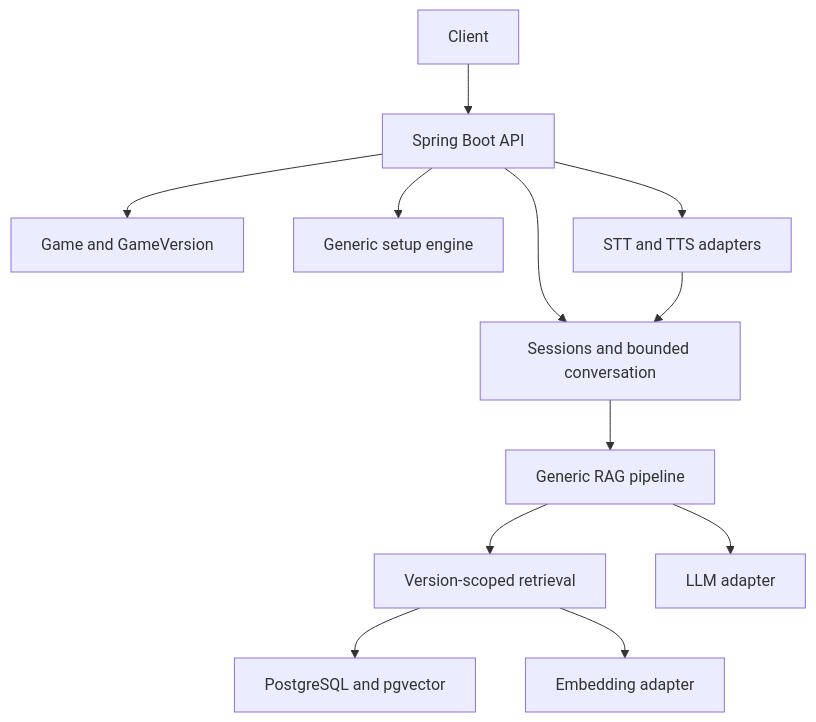
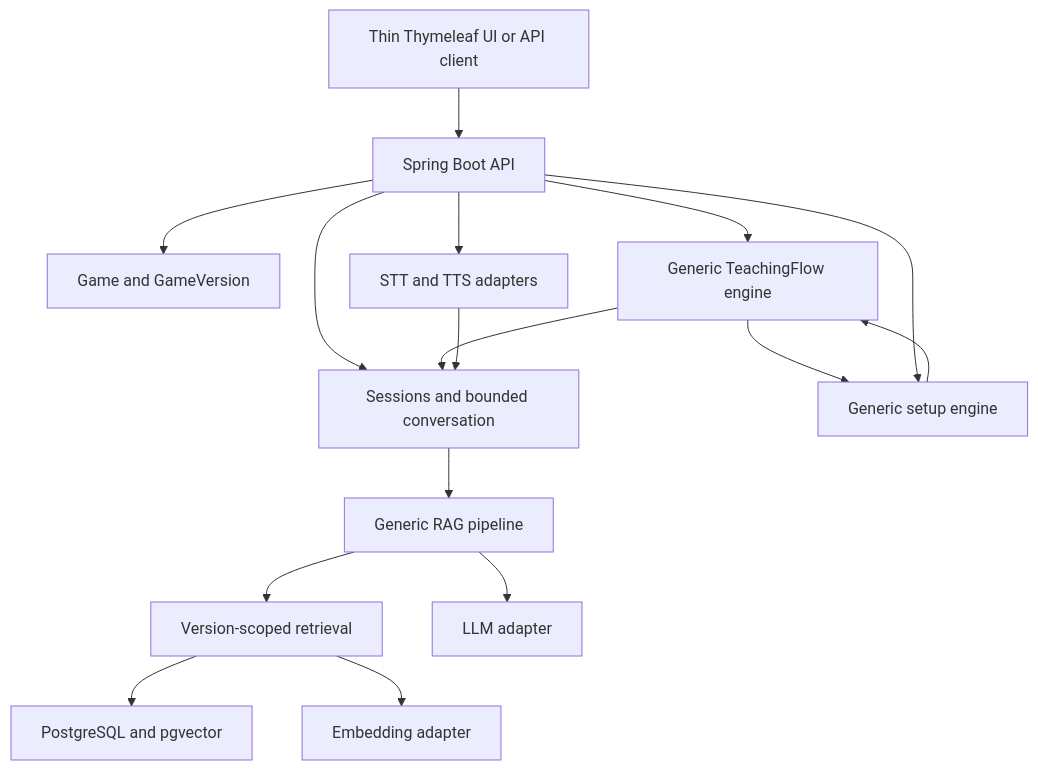
The diagram in README.md (nataliachs/board-game-master), drawn with Mermaid before and after one commit. The commit also changed other lines of this file and 30 other files, not shown here.

````diff
--- a/README.md
+++ b/README.md
@@ -25,14 +162,18 @@
 ```mermaid
 flowchart TD
-  Client --> API[Spring Boot API]
+  Client[Thin Thymeleaf UI or API client] --> API[Spring Boot API]
   API --> Games[Game and GameVersion]
   API --> Sessions[Sessions and bounded conversation]
-  API --> Setup[Generic setup engine]
+  API --> Teaching[Generic TeachingFlow engine]
+  Teaching --> Setup[Generic setup engine]
+  Setup --> Teaching
+  Teaching --> Sessions
+  API --> Setup
   API --> Voice[STT and TTS adapters]
   Voice --> Sessions
   Sessions --> RAG[Generic RAG pipeline]
   RAG --> Retrieval[Version-scoped retrieval]
   Retrieval --> DB[PostgreSQL and pgvector]
   RAG --> LLM[LLM adapter]
   Retrieval --> Embeddings[Embedding adapter]
 ```
````
